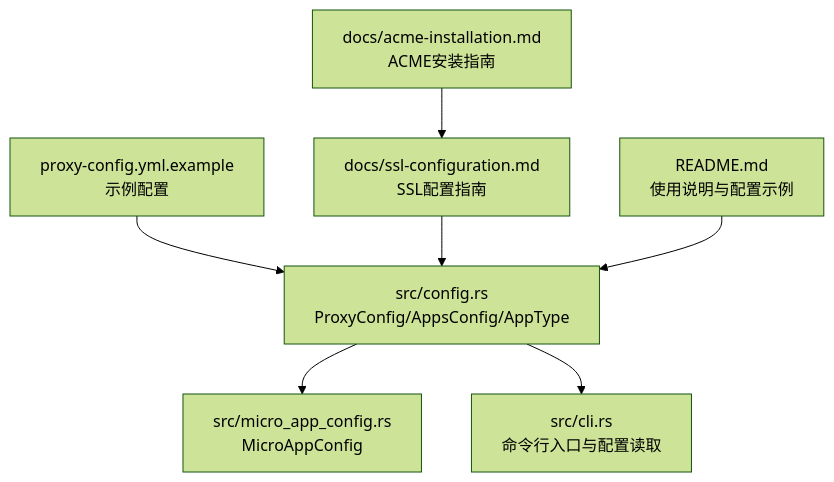
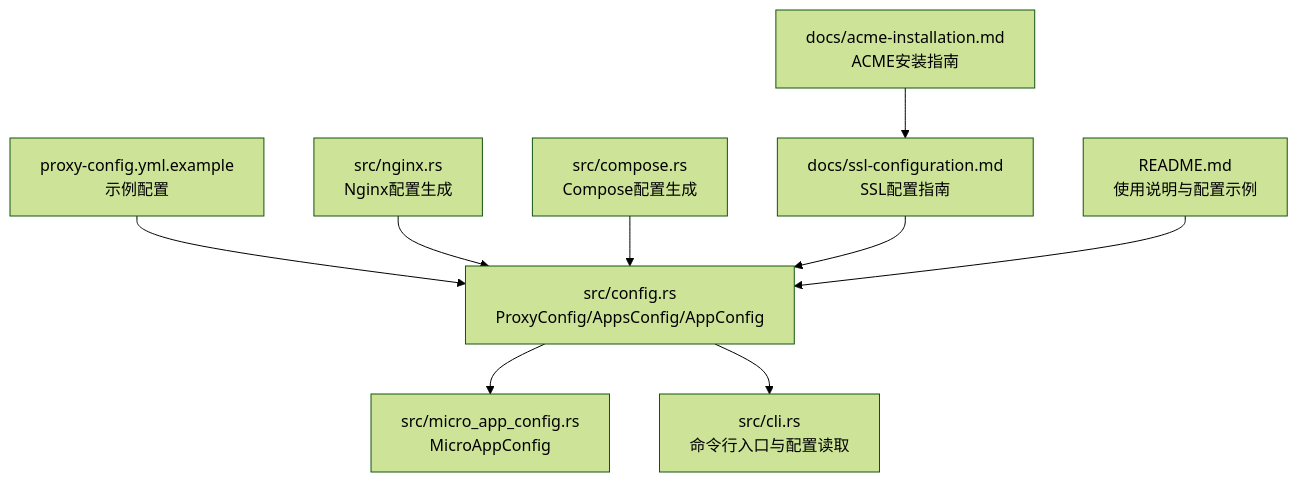
Before and after one commit to cao5zy/proxy-config: the first of 3 diagrams in .qoder/repowiki/zh/content/配置指南/主配置文件.md, drawn with Mermaid (forest theme). The commit also changed other lines of this file and 5 other files, not shown here.

````diff
--- a/.qoder/repowiki/zh/content/配置指南/主配置文件.md
+++ b/.qoder/repowiki/zh/content/配置指南/主配置文件.md
@@ -33,9 +44,11 @@
 ```mermaid
 graph TB
-A["proxy-config.yml.example<br/>示例配置"] --> B["src/config.rs<br/>ProxyConfig/AppsConfig/AppType"]
+A["proxy-config.yml.example<br/>示例配置"] --> B["src/config.rs<br/>ProxyConfig/AppsConfig/AppConfig"]
 B --> C["src/micro_app_config.rs<br/>MicroAppConfig"]
 B --> D["src/cli.rs<br/>命令行入口与配置读取"]
-E["docs/ssl-configuration.md<br/>SSL配置指南"] --> B
-F["docs/acme-installation.md<br/>ACME安装指南"] --> E
-G["README.md<br/>使用说明与配置示例"] --> B
+E["src/nginx.rs<br/>Nginx配置生成"] --> B
+F["src/compose.rs<br/>Compose配置生成"] --> B
+G["docs/ssl-configuration.md<br/>SSL配置指南"] --> B
+H["docs/acme-installation.md<br/>ACME安装指南"] --> G
+I["README.md<br/>使用说明与配置示例"] --> B
 ```
````
